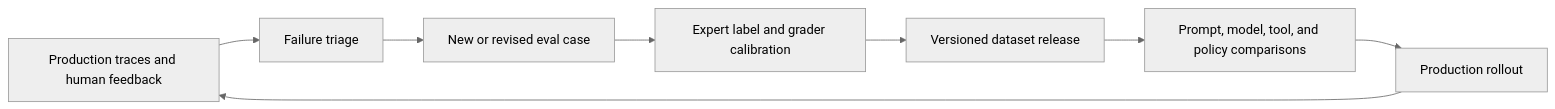
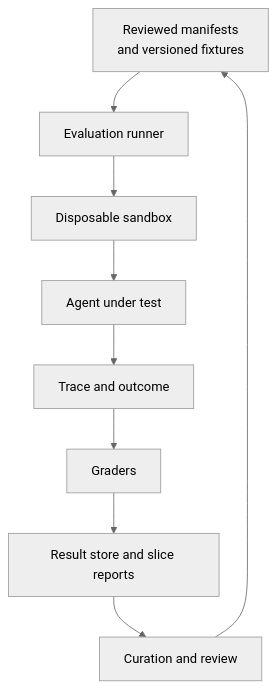
Before and after one commit to senlinyy/dev-roadmaps: the tenth of 11 diagrams in roadmaps/mlops/modules/llmops/agent-evals/01-eval-datasets.md, drawn with Mermaid (neutral theme). The commit also changed other lines of this file and 198 other files, not shown here.

````diff
--- a/roadmaps/mlops/modules/llmops/agent-evals/01-eval-datasets.md
+++ b/roadmaps/mlops/modules/llmops/agent-evals/01-eval-datasets.md
@@ -213,10 +404,11 @@
 ```mermaid
-flowchart LR
-    A[Production traces and human feedback] --> B[Failure triage]
-    B --> C[New or revised eval case]
-    C --> D[Expert label and grader calibration]
-    D --> E[Versioned dataset release]
-    E --> F[Prompt, model, tool, and policy comparisons]
-    F --> G[Production rollout]
-    G --> A
+flowchart TD
+    A["Reviewed manifests<br/>and versioned fixtures"] --> B["Evaluation runner"]
+    B --> C["Disposable sandbox"]
+    C --> D["Agent under test"]
+    D --> E["Trace and outcome"]
+    E --> F["Graders"]
+    F --> G["Result store and slice reports"]
+    G --> H["Curation and review"]
+    H --> A
 ```
````
